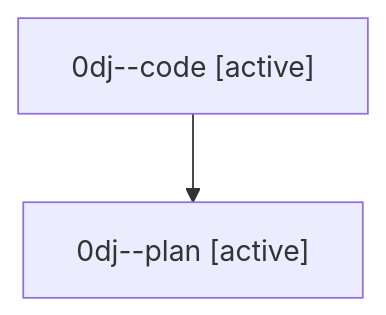
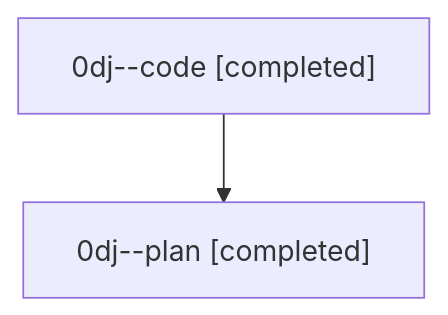
One commit to sase-org/sase--agents changed the diagram in families/bbugyi200.athena.0dj.md. Above: the diagram before and after it, drawn with Mermaid. The commit also changed other lines of this file and 103 other files, not shown here.

````diff
--- a/families/bbugyi200.athena.0dj.md
+++ b/families/bbugyi200.athena.0dj.md
@@ -9,6 +9,6 @@
 ```mermaid
 flowchart TD
-  n0["0dj--code [active]"]
-  n1["0dj--plan [active]"]
+  n0["0dj--code [completed]"]
+  n1["0dj--plan [completed]"]
   n0 --> n1
 ```
````
